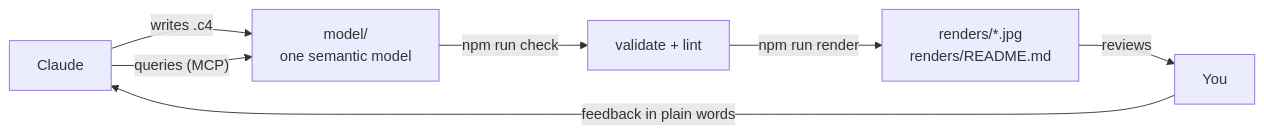
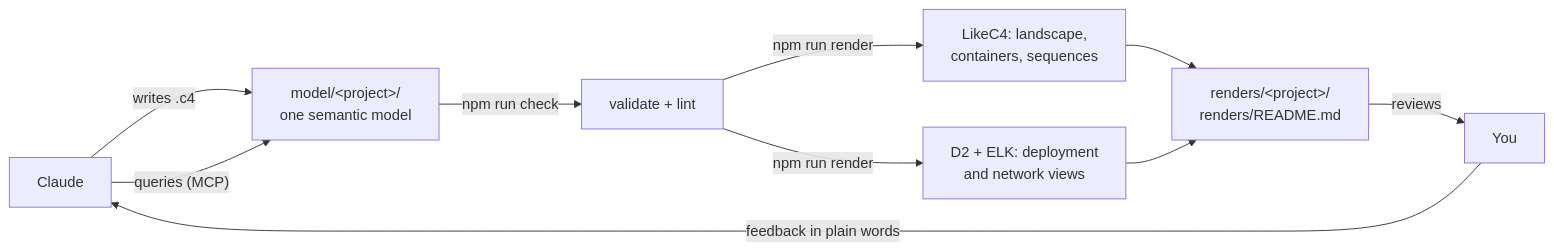
Before and after one commit to Frank-Reichenbach/architecture-kit: the diagram in README.md, drawn with Mermaid. The commit also changed other lines of this file and 50 other files, not shown here.

First line of the commit message:
Add k8s-cluster project; render deployment views with D2

````diff
--- a/README.md
+++ b/README.md
@@ -13,9 +13,12 @@
 ```mermaid
 flowchart LR
-    C["Claude"] -- "writes .c4" --> M["model/<br/>one semantic model"]
+    C["Claude"] -- "writes .c4" --> M["model/&lt;project&gt;/<br/>one semantic model"]
     C -- "queries (MCP)" --> M
     M -- "npm run check" --> K["validate + lint"]
-    K -- "npm run render" --> R["renders/*.jpg<br/>renders/README.md"]
+    K -- "npm run render" --> L["LikeC4: landscape,<br/>containers, sequences"]
+    K -- "npm run render" --> D["D2 + ELK: deployment<br/>and network views"]
+    L --> R["renders/&lt;project&gt;/<br/>renders/README.md"]
+    D --> R
     R -- "reviews" --> Y["You"]
     Y -- "feedback in plain words" --> C
 ```
````
